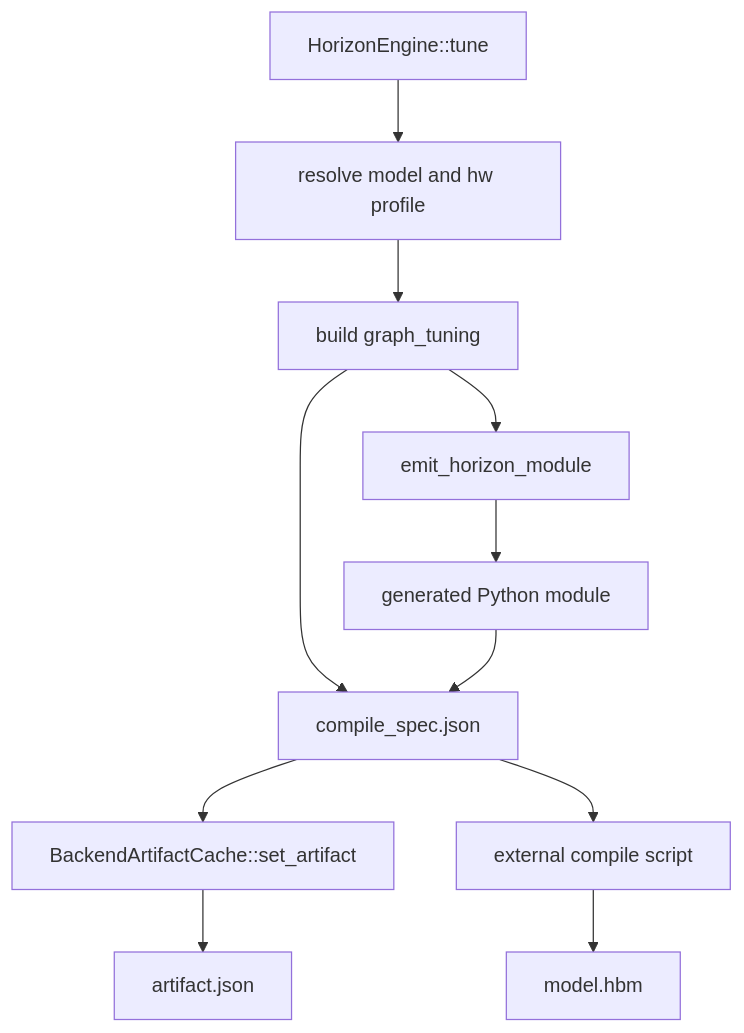
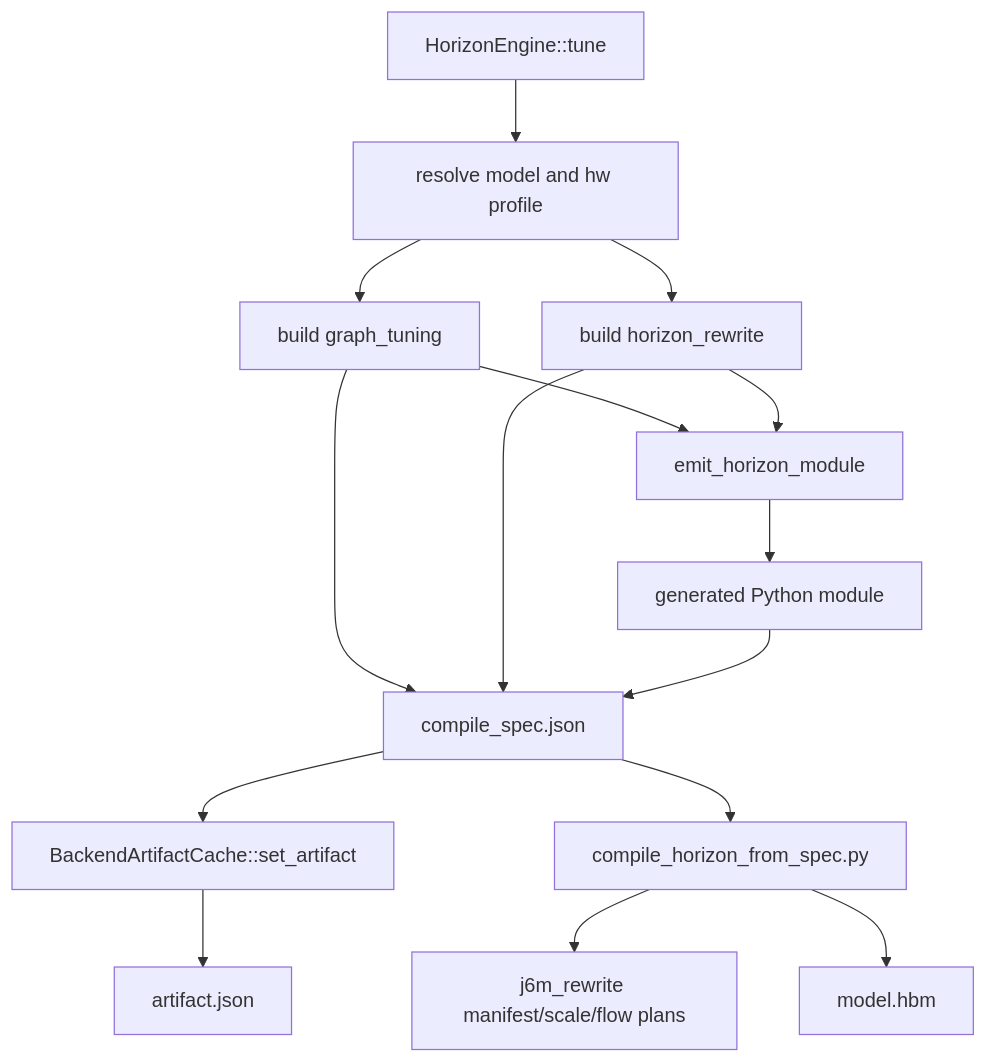
Before and after one commit to windog-labs/edge-fm-x: the fifth of 5 diagrams in doc/design.md, drawn with Mermaid. The commit also changed other lines of this file and 42 other files, not shown here.

````diff
--- a/doc/design.md
+++ b/doc/design.md
@@ -446,13 +457,17 @@
 ```mermaid
 flowchart TD
     A["HorizonEngine::tune"] --> B[resolve model and hw profile]
     B --> C[build graph_tuning]
+    B --> R[build horizon_rewrite]
     C --> D[emit_horizon_module]
+    R --> D
     D --> E[generated Python module]
     C --> F[compile_spec.json]
+    R --> F
     E --> F
     F --> G["BackendArtifactCache::set_artifact"]
     G --> H[artifact.json]
-    F --> I[external compile script]
+    F --> I["compile_horizon_from_spec.py"]
+    I --> K["j6m_rewrite manifest/scale/flow plans"]
     I --> J[model.hbm]
 ```
````
